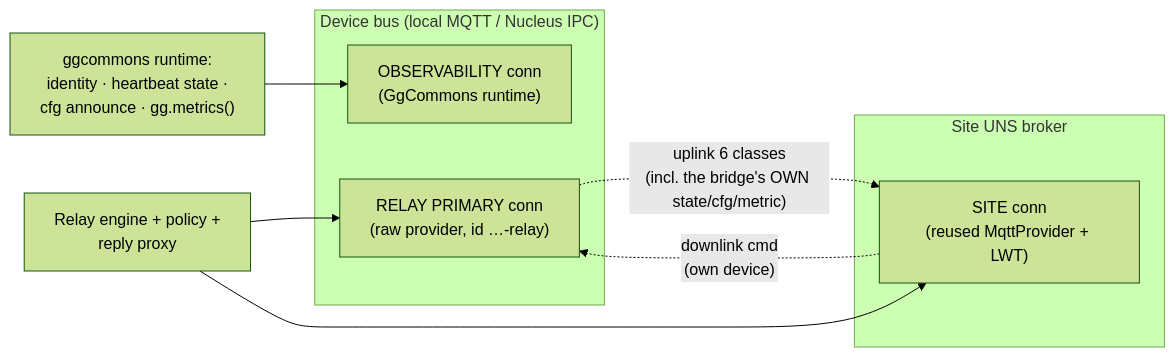
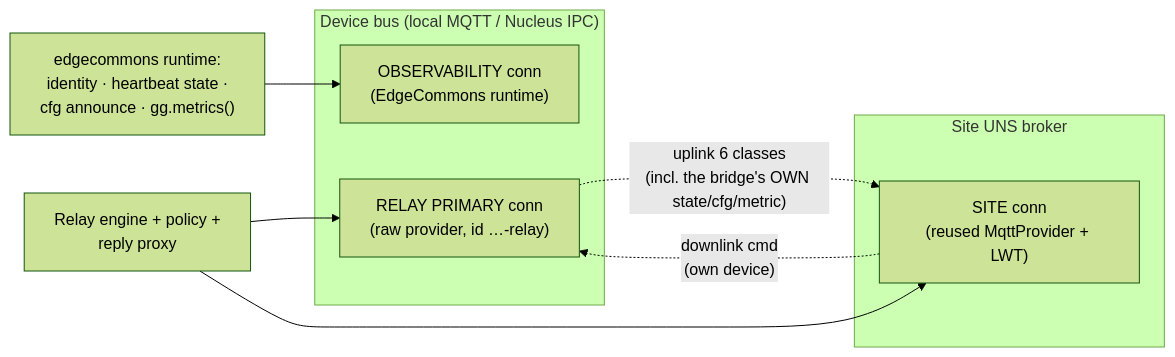
The first of 2 diagrams in docs/explanation.md (edgecommons/uns-bridge), drawn with Mermaid (forest theme) before and after one commit. The commit also changed other lines of this file and 35 other files, not shown here.

Commit message:
chore: rebrand ggcommons to edgecommons

````diff
--- a/docs/explanation.md
+++ b/docs/explanation.md
@@ -30,15 +30,15 @@
 ```mermaid
 flowchart LR
   subgraph device["Device bus (local MQTT / Nucleus IPC)"]
-    obs["OBSERVABILITY conn\n(GgCommons runtime)"]
+    obs["OBSERVABILITY conn\n(EdgeCommons runtime)"]
     relayp["RELAY PRIMARY conn\n(raw provider, id …-relay)"]
   end
   subgraph site["Site UNS broker"]
     sitec["SITE conn\n(reused MqttProvider + LWT)"]
   end
-  runtime["ggcommons runtime:\nidentity · heartbeat state ·\ncfg announce · gg.metrics()"] --> obs
+  runtime["edgecommons runtime:\nidentity · heartbeat state ·\ncfg announce · gg.metrics()"] --> obs
   engine["Relay engine + policy +\nreply proxy"] --> relayp
   engine --> sitec
   relayp -. "uplink 6 classes\n(incl. the bridge's OWN state/cfg/metric)" .-> sitec
   sitec -. "downlink cmd\n(own device)" .-> relayp
 ```
````
